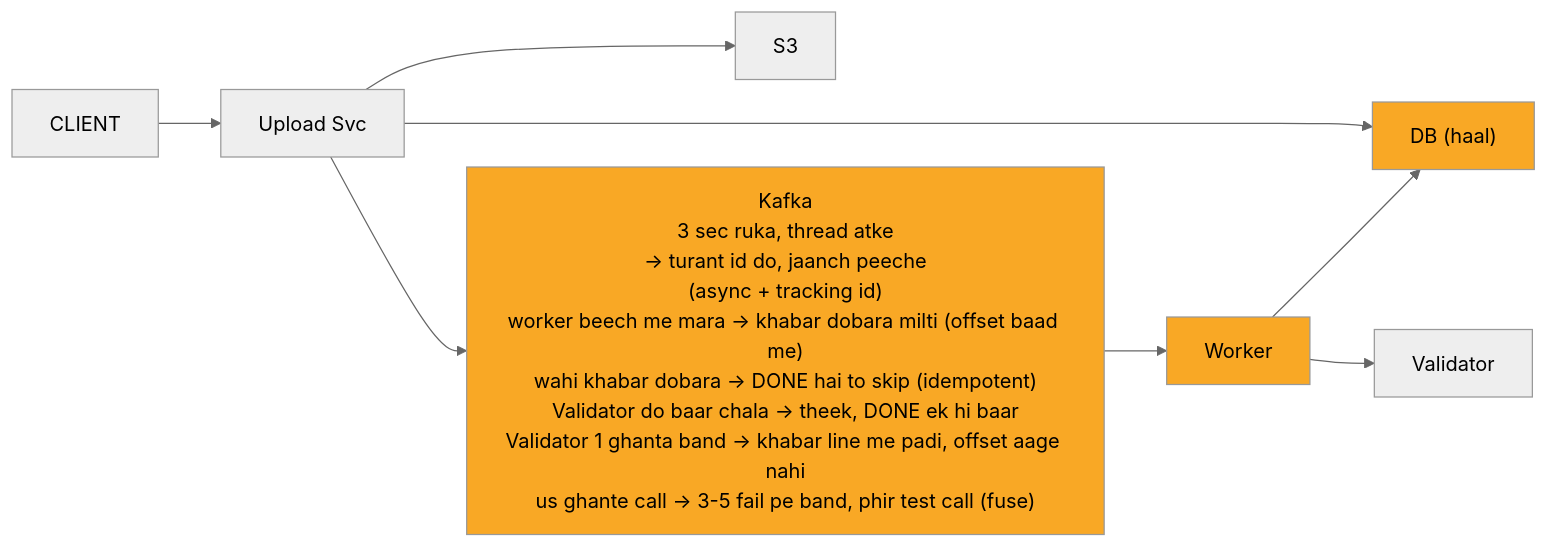
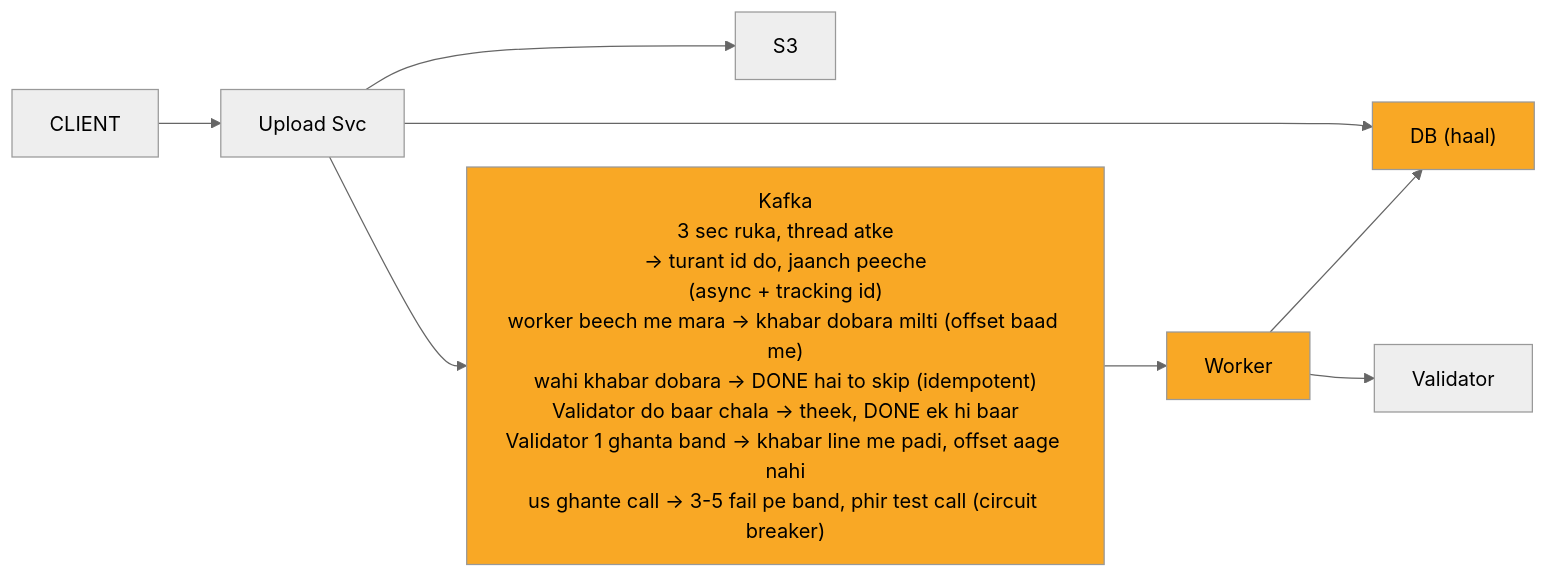
Before and after one commit to ArpanMaheshwari144/Prep: the second of 11 diagrams in 04_HLD/SYSTEM_DESIGNS/07_file_upload_validate_system/07_file_upload_INTERVIEW.md, drawn with Mermaid (neutral theme). The commit also changed other lines of this file and 12 other files, not shown here.

````diff
--- a/04_HLD/SYSTEM_DESIGNS/07_file_upload_validate_system/07_file_upload_INTERVIEW.md
+++ b/04_HLD/SYSTEM_DESIGNS/07_file_upload_validate_system/07_file_upload_INTERVIEW.md
@@ -84,21 +84,21 @@
 ```mermaid
 %%{init: {"flowchart": {"wrappingWidth": 450}}}%%
 flowchart LR
     n_CLIENT["CLIENT"]
     n_Upload_Svc["Upload Svc"]
     n_DB["DB (haal)"]
     n_S3["S3"]
-    n_Kafka["Kafka<br/>3 sec ruka, thread atke<br/>-> turant id do, jaanch peeche<br/>(async + tracking id)<br/>worker beech me mara -> khabar dobara milti (offset baad me)<br/>wahi khabar dobara -> DONE hai to skip (idempotent)<br/>Validator do baar chala -> theek, DONE ek hi baar<br/>Validator 1 ghanta band -> khabar line me padi, offset aage nahi<br/>us ghante call -> 3-5 fail pe band, phir test call (fuse)"]
+    n_Kafka["Kafka<br/>3 sec ruka, thread atke<br/>-> turant id do, jaanch peeche<br/>(async + tracking id)<br/>worker beech me mara -> khabar dobara milti (offset baad me)<br/>wahi khabar dobara -> DONE hai to skip (idempotent)<br/>Validator do baar chala -> theek, DONE ek hi baar<br/>Validator 1 ghanta band -> khabar line me padi, offset aage nahi<br/>us ghante call -> 3-5 fail pe band, phir test call (circuit breaker)"]
     n_Worker["Worker"]
     n_Validator["Validator"]
     n_CLIENT --> n_Upload_Svc
     n_Upload_Svc --> n_DB
     n_Upload_Svc --> n_S3
     n_Upload_Svc --> n_Kafka
     n_Kafka --> n_Worker
     n_Worker --> n_Validator
     n_Worker --> n_DB
     style n_Kafka fill:#f9a825,color:#000
     style n_Worker fill:#f9a825,color:#000
     style n_DB fill:#f9a825,color:#000
 ```
````
